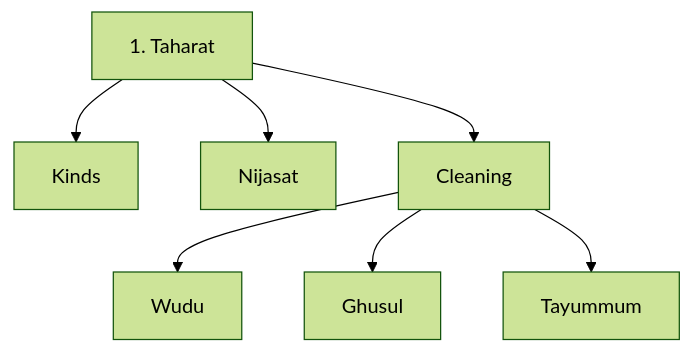
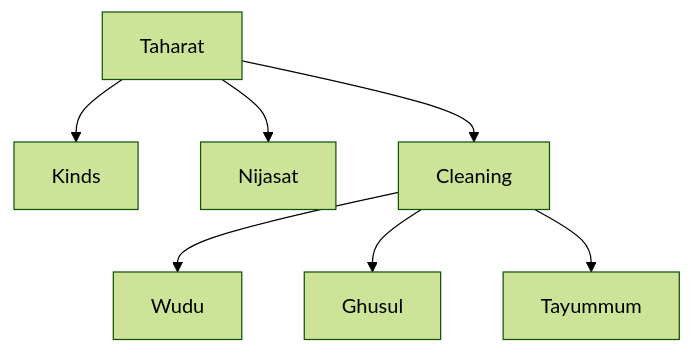
The first of 6 diagrams in 01-Intro-Taharat-Wudu.md (salman2learn/fiqh), drawn with Mermaid (forest theme) before and after one commit. The commit also changed other lines of this file and 2 other files, not shown here.

````diff
--- a/01-Intro-Taharat-Wudu.md
+++ b/01-Intro-Taharat-Wudu.md
@@ -31,9 +31,9 @@
 ```mermaid
-graph TD
-t[1. Taharat] --> Kinds
+flowchart TD
+t[Taharat] --> Kinds
 t --> Nijasat
 t --> c[Cleaning]
 c --> Wudu
 c --> Ghusul
 c --> Tayummum
 ```
````
